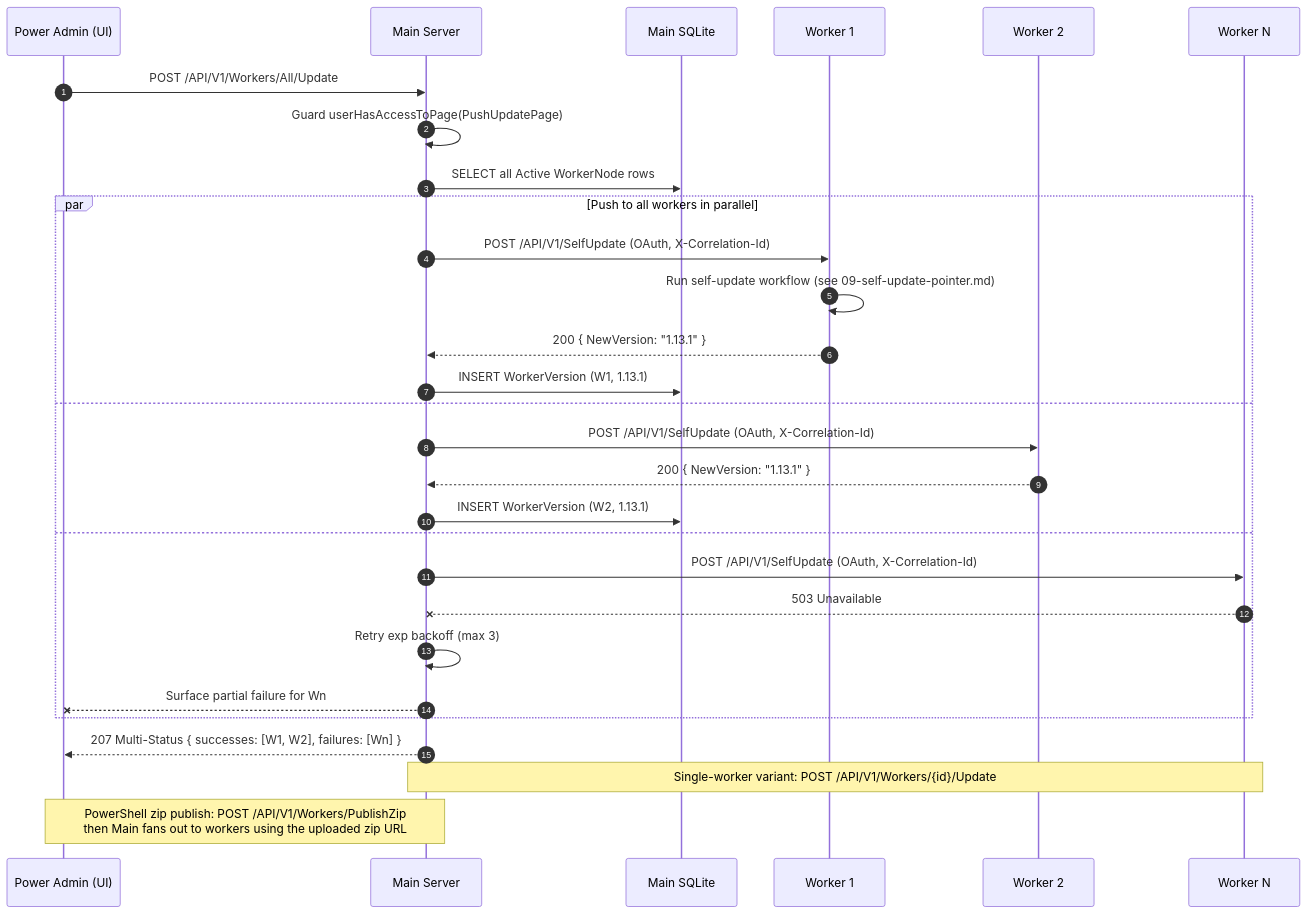
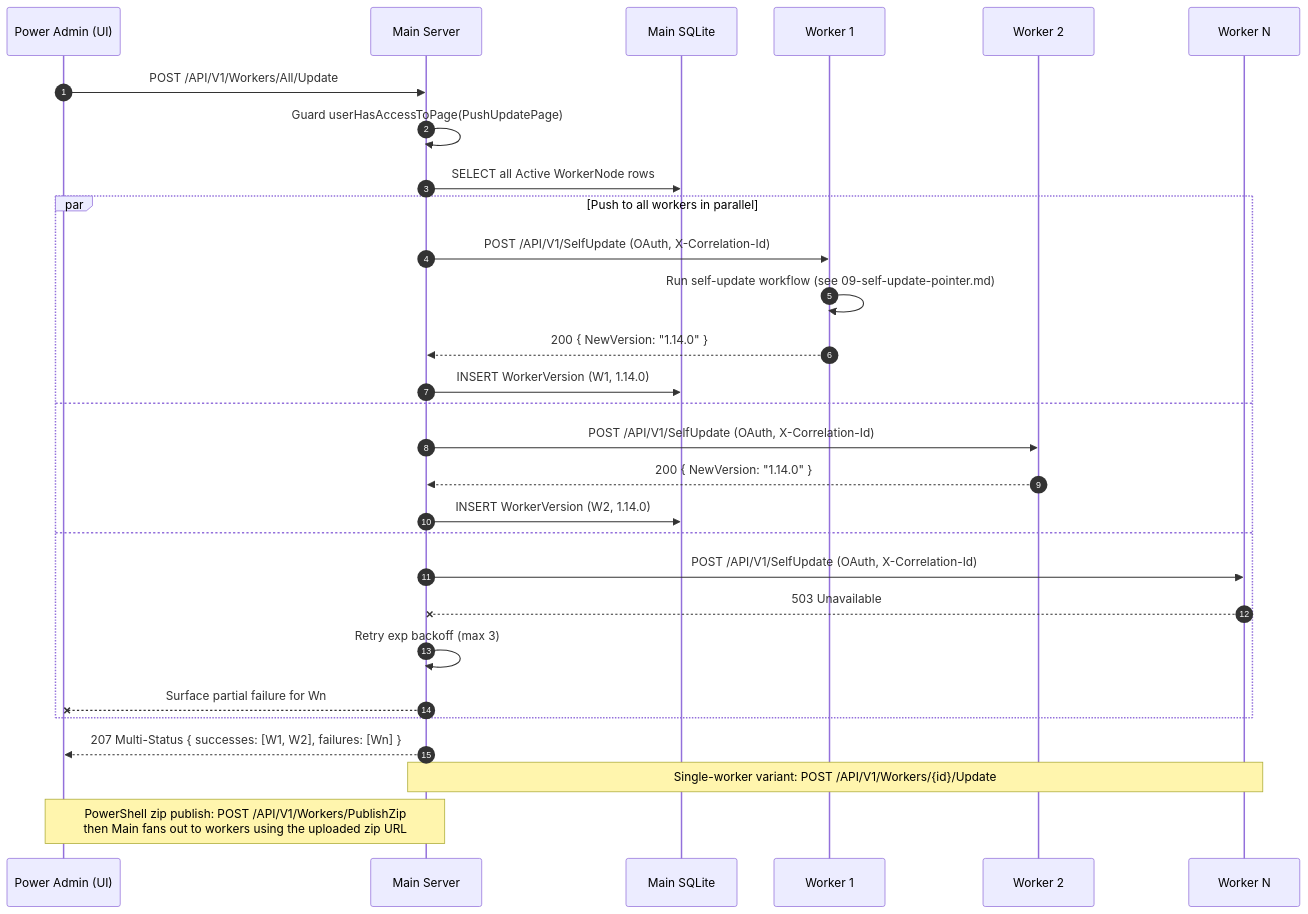
One commit to alimtvnetwork/prompt-architect-v2 changed the diagram in spec/19-main-worker-service/diagrams/seq-push-update.mmd. Above: the diagram before and after it, drawn with Mermaid. The commit also changed 17 other files, not shown here.

```diff
--- a/spec/19-main-worker-service/diagrams/seq-push-update.mmd
+++ b/spec/19-main-worker-service/diagrams/seq-push-update.mmd
@@ -1,43 +1,43 @@
 %% ==========================================================
 %% NON-AUTHORITATIVE PROJECTION
 %% ==========================================================
 %% Subject:        Power-Admin push-update fan-out
 %% Authoritative:  spec/14-update/28-worker-push-instruction.md + spec/19/15-tunable-constants.md
 %% Status:         Illustrative only. If this diagram disagrees
 %%                 with the authoritative spec(s) above, the
 %%                 spec wins and this file is the bug.
 %% Banner version: 1.0.0 (2026-05-04, audit fix #9)
 %% ==========================================================
 sequenceDiagram
     autonumber
     participant Admin as Power Admin (UI)
     participant Main as Main Server
     participant DB as Main SQLite
     participant W1 as Worker 1
     participant W2 as Worker 2
     participant Wn as Worker N
 
     Admin->>Main: POST /API/V1/Workers/All/Update
     Main->>Main: Guard userHasAccessToPage(PushUpdatePage)
     Main->>DB: SELECT all Active WorkerNode rows
 
     par Push to all workers in parallel
         Main->>W1: POST /API/V1/SelfUpdate (OAuth, X-Correlation-Id)
         W1->>W1: Run self-update workflow (see 09-self-update-pointer.md)
-        W1-->>Main: 200 { NewVersion: "1.13.1" }
-        Main->>DB: INSERT WorkerVersion (W1, 1.13.1)
+        W1-->>Main: 200 { NewVersion: "1.14.0" }
+        Main->>DB: INSERT WorkerVersion (W1, 1.14.0)
     and
         Main->>W2: POST /API/V1/SelfUpdate (OAuth, X-Correlation-Id)
-        W2-->>Main: 200 { NewVersion: "1.13.1" }
-        Main->>DB: INSERT WorkerVersion (W2, 1.13.1)
+        W2-->>Main: 200 { NewVersion: "1.14.0" }
+        Main->>DB: INSERT WorkerVersion (W2, 1.14.0)
     and
         Main->>Wn: POST /API/V1/SelfUpdate (OAuth, X-Correlation-Id)
         Wn--xMain: 503 Unavailable
         Main->>Main: Retry exp backoff (max 3)
         Main--xAdmin: Surface partial failure for Wn
     end
 
     Main-->>Admin: 207 Multi-Status { successes: [W1, W2], failures: [Wn] }
 
     Note over Main,Wn: Single-worker variant: POST /API/V1/Workers/{id}/Update
     Note over Admin,Main: PowerShell zip publish: POST /API/V1/Workers/PublishZip<br/>then Main fans out to workers using the uploaded zip URL
```
